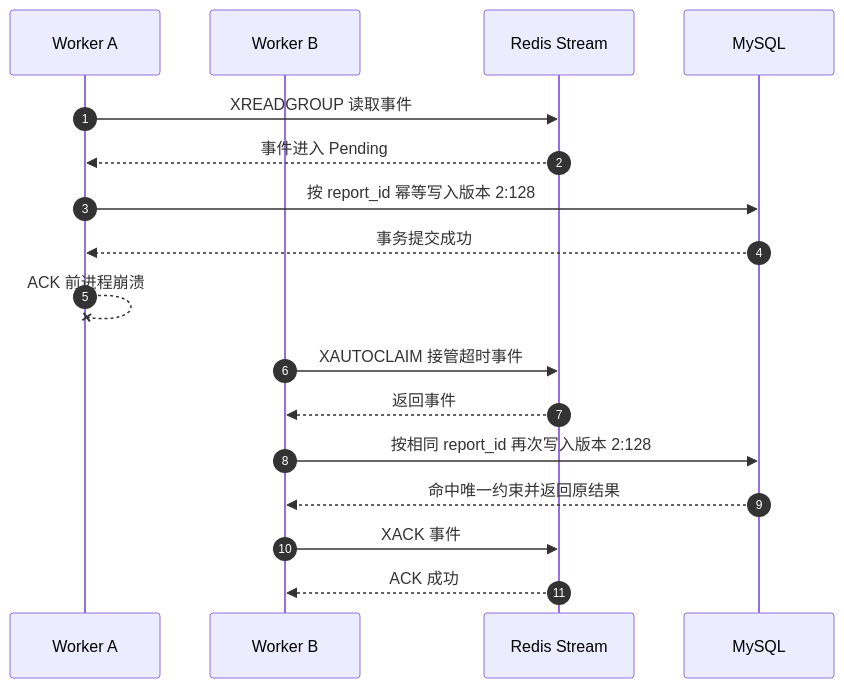
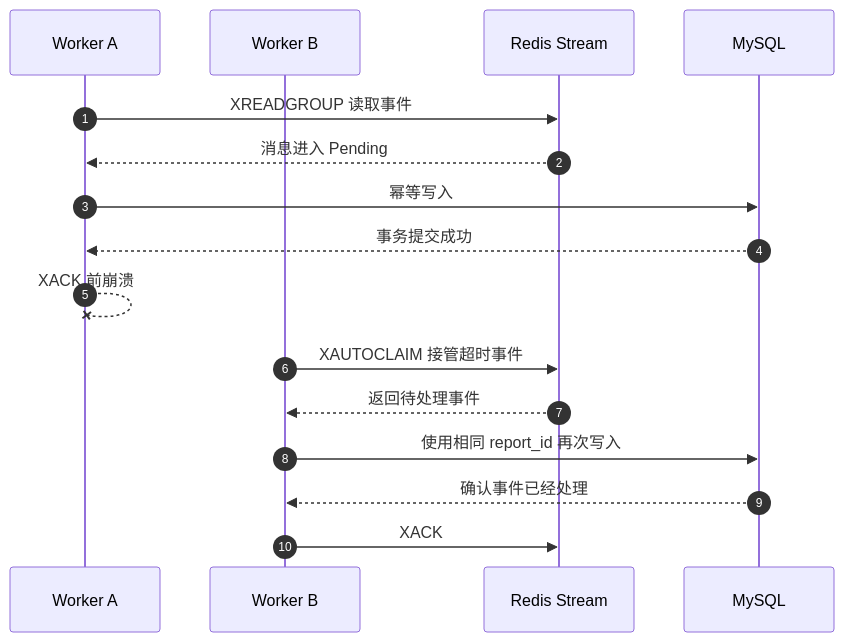
One commit to zdl20251023-pixel/agent-frame changed diagram 27 of 27 in docs/redis/126-redis-4种缓存模式-分享版-极简版.md. Above: the diagram before and after it, drawn with Mermaid. The commit also changed other lines of this file, not shown here.

Commit message:
redis 四大缓存模式 简化版本

````diff
--- a/docs/redis/126-redis-4种缓存模式-分享版-极简版.md
+++ b/docs/redis/126-redis-4种缓存模式-分享版-极简版.md
@@ -1243,25 +1333,21 @@
 ```mermaid
 sequenceDiagram
     autonumber
+
     participant WorkerA as Worker A
     participant WorkerB as Worker B
     participant Redis as Redis Stream
     participant MySQL as MySQL
 
     WorkerA->>Redis: XREADGROUP 读取事件
-    Redis-->>WorkerA: 事件进入 Pending
-
-    WorkerA->>MySQL: 按 report_id 幂等写入版本 2:128
+    Redis-->>WorkerA: 消息进入 Pending
+    WorkerA->>MySQL: 幂等写入
     MySQL-->>WorkerA: 事务提交成功
-
-    WorkerA--xWorkerA: ACK 前进程崩溃
+    WorkerA--xWorkerA: XACK 前崩溃
 
     WorkerB->>Redis: XAUTOCLAIM 接管超时事件
-    Redis-->>WorkerB: 返回事件
-
-    WorkerB->>MySQL: 按相同 report_id 再次写入版本 2:128
-    MySQL-->>WorkerB: 命中唯一约束并返回原结果
-
-    WorkerB->>Redis: XACK 事件
-    Redis-->>WorkerB: ACK 成功
+    Redis-->>WorkerB: 返回待处理事件
+    WorkerB->>MySQL: 使用相同 report_id 再次写入
+    MySQL-->>WorkerB: 确认事件已经处理
+    WorkerB->>Redis: XACK
 ```
````
